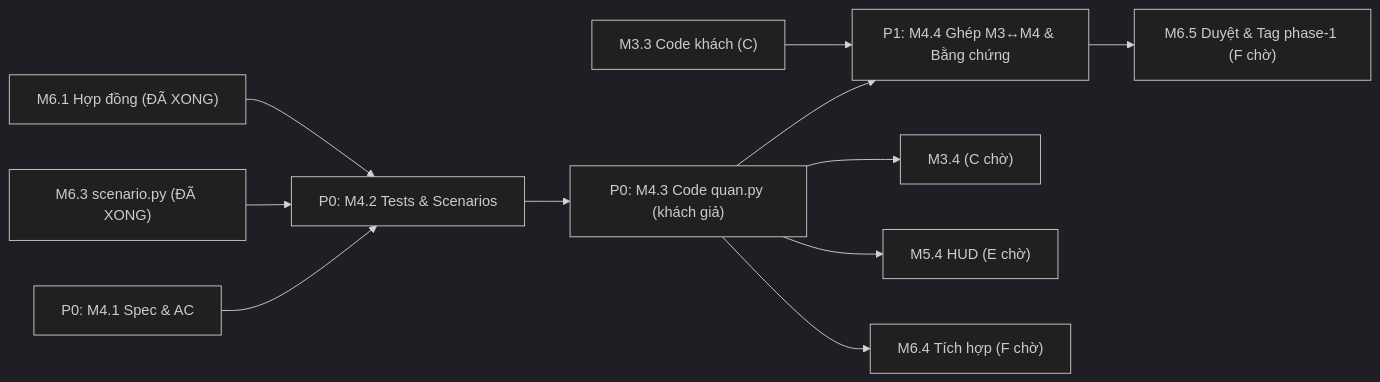
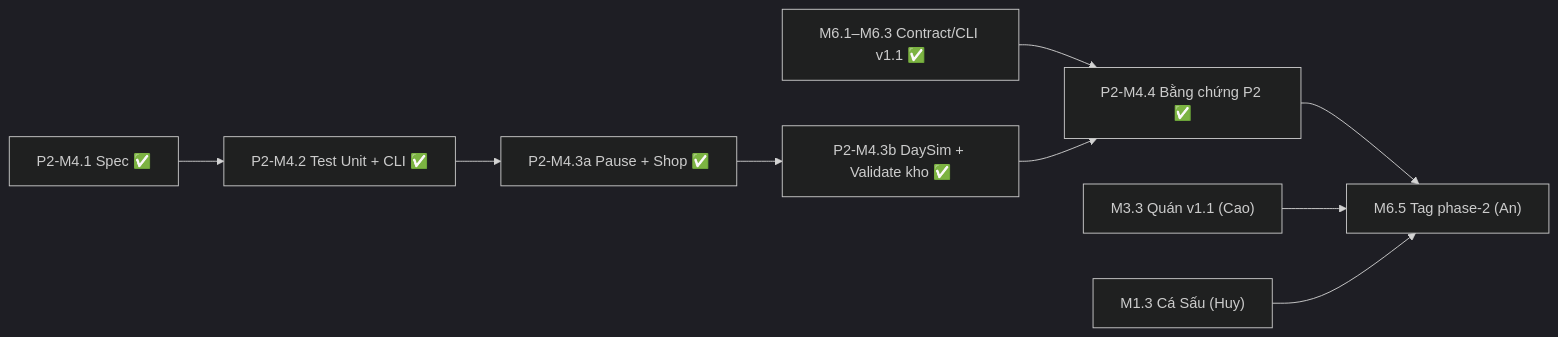
The first of 3 diagrams in docs/plan/task-Minh.md (VinUni-AI20k/K5-L3B-LAB-Day12-AI-SDLC), drawn with Mermaid (dark theme) before and after one commit. The commit also changed other lines of this file and 6 other files, not shown here.

Commit message:
P2-M4.4: hoàn thiện kiểm kho day, test CLI v1.1 và bằng chứng Phase 2

````diff
--- a/docs/plan/task-Minh.md
+++ b/docs/plan/task-Minh.md
@@ -27,13 +43,10 @@
 ```mermaid
 flowchart LR
-    M61["M6.1 Hợp đồng (ĐÃ XONG)"] --> M42
-    M63["M6.3 scenario.py (ĐÃ XONG)"] --> M42
-    M41["P0: M4.1 Spec & AC"] --> M42["P0: M4.2 Tests & Scenarios"]
-    M42 --> M43["P0: M4.3 Code quan.py (khách giả)"]
-    M33["M3.3 Code khách (C)"] --> M44
-    M43 --> M44["P1: M4.4 Ghép M3↔M4 & Bằng chứng"]
-    M43 --> M34["M3.4 (C chờ)"]
-    M43 --> M54["M5.4 HUD (E chờ)"]
-    M43 --> M64["M6.4 Tích hợp (F chờ)"]
-    M44 --> M65["M6.5 Duyệt & Tag phase-1 (F chờ)"]
+    M41["P2-M4.1 Spec ✅"] --> M42["P2-M4.2 Test Unit + CLI ✅"]
+    M42 --> M43a["P2-M4.3a Pause + Shop ✅"]
+    M43a --> M43b["P2-M4.3b DaySim + Validate kho ✅"]
+    M62["M6.1–M6.3 Contract/CLI v1.1 ✅"] --> M44["P2-M4.4 Bằng chứng P2 ✅"]
+    M43b --> M44 --> M65["M6.5 Tag phase-2 (An)"]
+    M33["M3.3 Quán v1.1 (Cao)"] --> M65
+    M13["M1.3 Cá Sấu (Huy)"] --> M65
 ```
````
